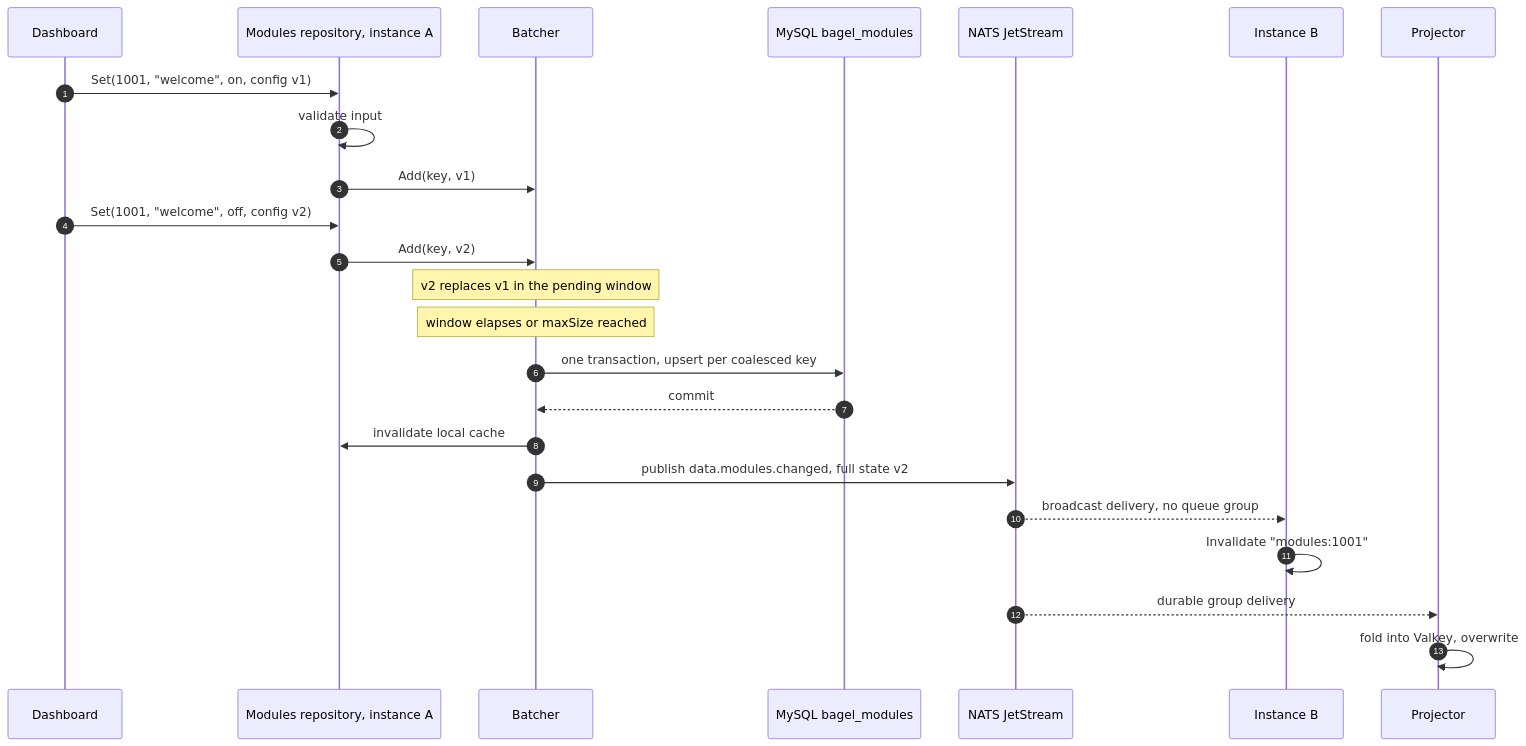
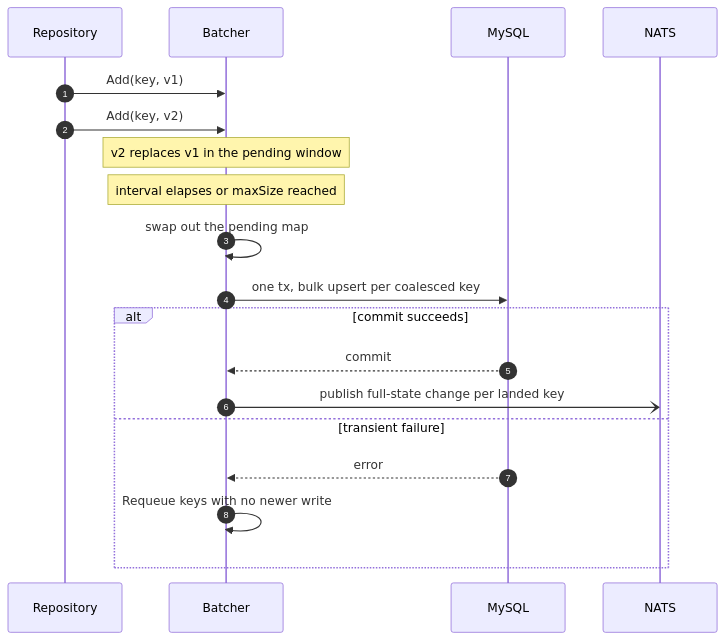
Before and after one commit to AdamOusmer/ItsBagelBot: the third of 4 diagrams in docs/src/content/docs/data-and-state/caching.md, drawn with Mermaid. The commit also changed other lines of this file and 27 other files, not shown here.

````diff
--- a/docs/src/content/docs/data-and-state/caching.md
+++ b/docs/src/content/docs/data-and-state/caching.md
@@ -57,27 +143,22 @@
 ```mermaid
 sequenceDiagram
     autonumber
-    participant D as Dashboard
-    participant R as Modules repository, instance A
+    participant R as Repository
     participant B as Batcher
-    participant DB as MySQL bagel_modules
-    participant N as NATS JetStream
-    participant I as Instance B
-    participant P as Projector
+    participant DB as MySQL
+    participant N as NATS
 
-    D->>R: Set(1001, "welcome", on, config v1)
-    R->>R: validate input
     R->>B: Add(key, v1)
-    D->>R: Set(1001, "welcome", off, config v2)
     R->>B: Add(key, v2)
     Note over B: v2 replaces v1 in the pending window
-    Note over B: window elapses or maxSize reached
-    B->>DB: one transaction, upsert per coalesced key
-    DB-->>B: commit
-    B->>R: invalidate local cache
-    B->>N: publish data.modules.changed, full state v2
-    N-->>I: broadcast delivery, no queue group
-    I->>I: Invalidate "modules:1001"
-    N-->>P: durable group delivery
-    P->>P: fold into Valkey, overwrite
+    Note over B: interval elapses or maxSize reached
+    B->>B: swap out the pending map
+    B->>DB: one tx, bulk upsert per coalesced key
+    alt commit succeeds
+        DB-->>B: commit
+        B-)N: publish full-state change per landed key
+    else transient failure
+        DB-->>B: error
+        B->>B: Requeue keys with no newer write
+    end
 ```
````
